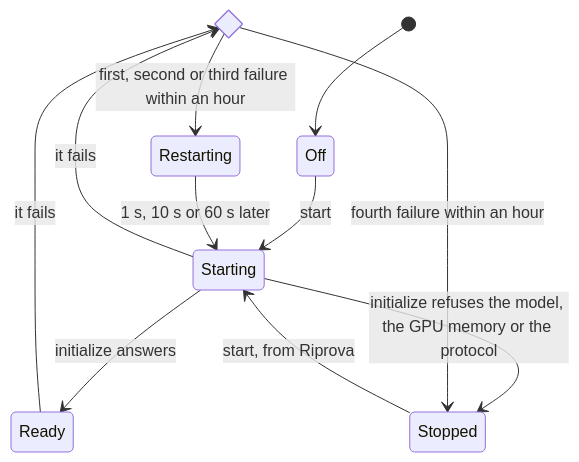
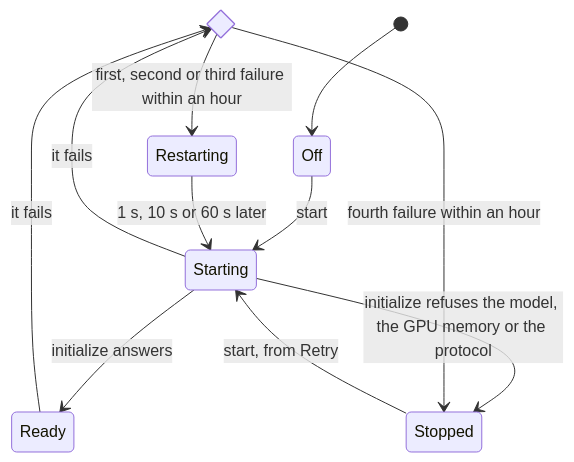
The third of 4 diagrams in docs/design/engine.md (devfrx/jiffin), drawn with Mermaid before and after one commit. The commit also changed 70 other files, not shown here.

````diff
--- a/docs/design/engine.md
+++ b/docs/design/engine.md
@@ -106,14 +106,14 @@
 ```mermaid
 stateDiagram-v2
     state failed <<choice>>
     [*] --> Off
     Off --> Starting : start
     Starting --> Ready : initialize answers
     Starting --> Stopped : initialize refuses the model, the GPU memory or the protocol
     Starting --> failed : it fails
     Ready --> failed : it fails
     failed --> Restarting : first, second or third failure within an hour
     failed --> Stopped : fourth failure within an hour
     Restarting --> Starting : 1 s, 10 s or 60 s later
-    Stopped --> Starting : start, from Riprova
+    Stopped --> Starting : start, from Retry
 ```
````
